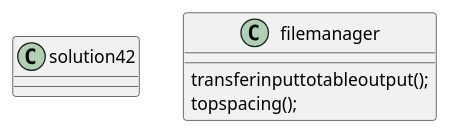
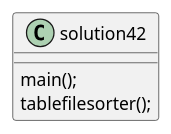
The diagram in src/main/java/ex42/base/sol42uml.puml (anthonyisadulting/Banaag-COP-3330-assignment3), drawn with PlantUML before and after one commit. The commit also changed 24 other files, not shown here.

```diff
--- a/src/main/java/ex42/base/sol42uml.puml
+++ b/src/main/java/ex42/base/sol42uml.puml
@@ -1,16 +1,13 @@
 @startuml
 'https://plantuml.com/class-diagram
 
+
+
 class solution42{
-
+main();
+tablefilesorter();
 }
 
-class filemanager{
-
-transferinputtotableoutput();
-topspacing();
 
 
-}
-
 @enduml
```
